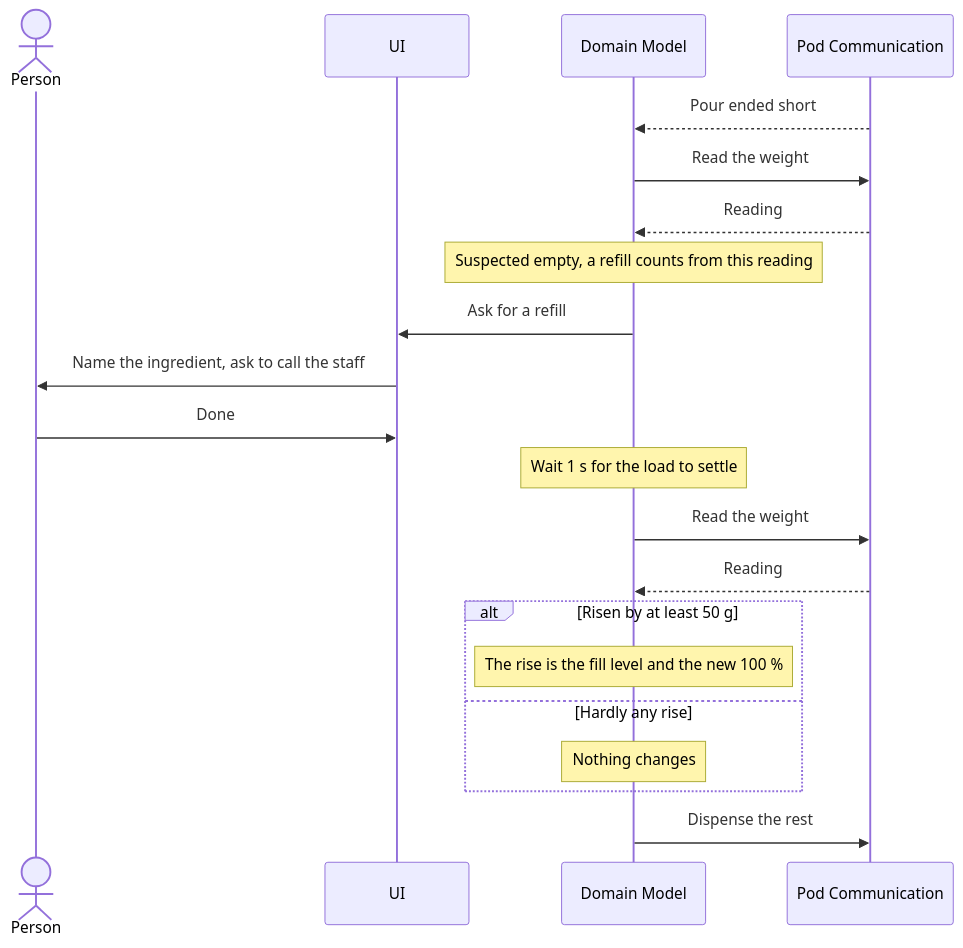
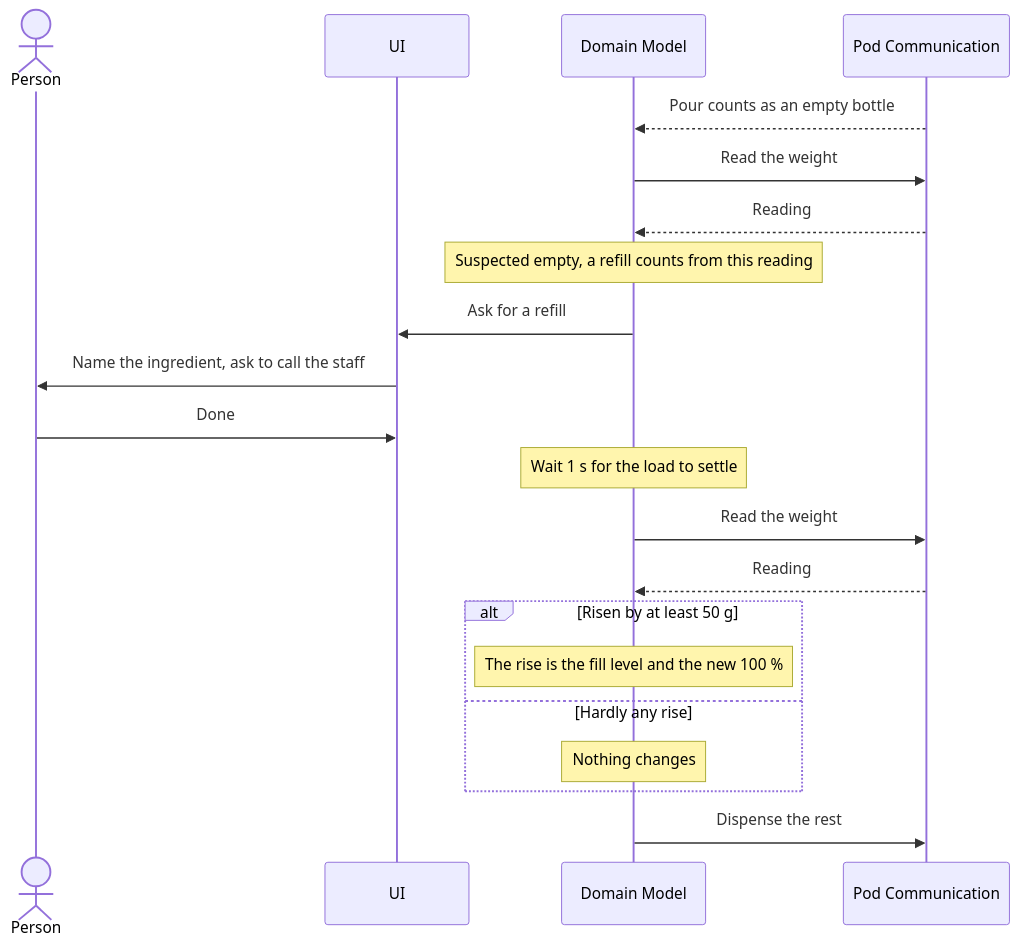
One commit to mathisloge/cocktail-maker changed the third of 5 diagrams in docs/station/modules/ROOT/pages/runtime-view.adoc. Above: the diagram before and after it, drawn with Mermaid. The commit also changed other lines of this file and 3 other files, not shown here.

```diff
--- a/docs/station/modules/ROOT/pages/runtime-view.adoc
+++ b/docs/station/modules/ROOT/pages/runtime-view.adoc
@@ -110,25 +113,25 @@
 [mermaid, target="runtime-bottle-refilled", format="svg"]
 ....
 sequenceDiagram
     actor Person
     participant UI
     participant Domain as Domain Model
     participant PodComm as Pod Communication
 
-    PodComm-->>Domain: Pour ended short
+    PodComm-->>Domain: Pour counts as an empty bottle
     Domain->>PodComm: Read the weight
     PodComm-->>Domain: Reading
     Note over Domain: Suspected empty, a refill counts from this reading
     Domain->>UI: Ask for a refill
     UI->>Person: Name the ingredient, ask to call the staff
     Person->>UI: Done
     Note over Domain: Wait 1 s for the load to settle
     Domain->>PodComm: Read the weight
     PodComm-->>Domain: Reading
     alt Risen by at least 50 g
         Note over Domain: The rise is the fill level and the new 100 %
     else Hardly any rise
         Note over Domain: Nothing changes
     end
     Domain->>PodComm: Dispense the rest
 ....
```
